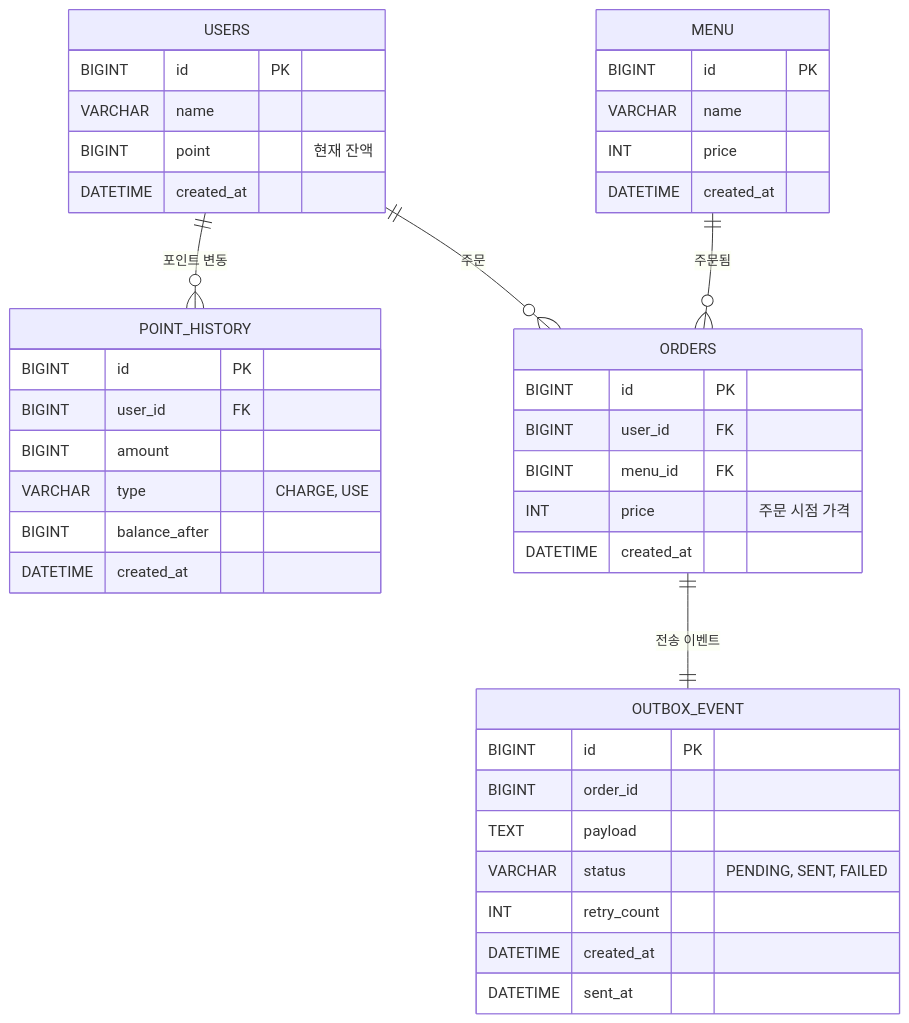
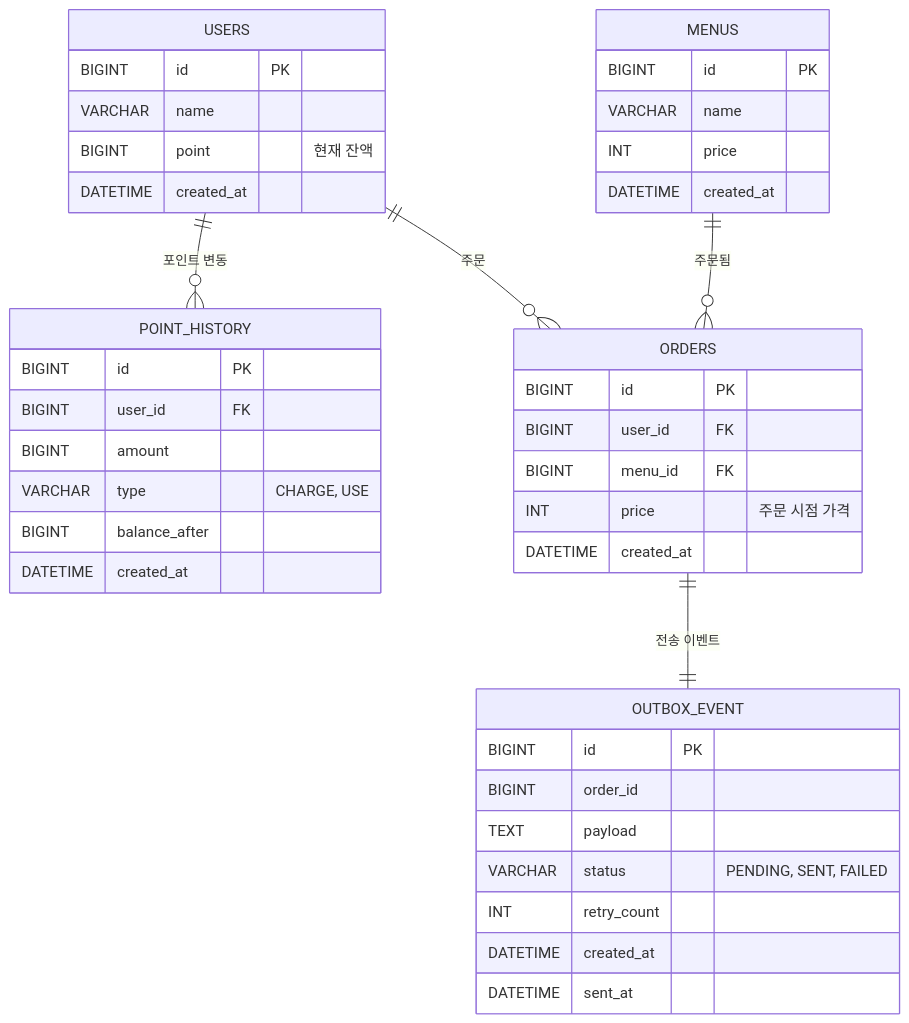
One commit to tls123qwe/CH6Spring changed the diagram in README.md. Above: the diagram before and after it, drawn with Mermaid.

Commit message:
README 수정

````diff
--- a/README.md
+++ b/README.md
@@ -49,48 +49,48 @@
 ```mermaid
 erDiagram
     USERS ||--o{ POINT_HISTORY : "포인트 변동"
     USERS ||--o{ ORDERS : "주문"
-    MENU ||--o{ ORDERS : "주문됨"
+    MENUS ||--o{ ORDERS : "주문됨"
     ORDERS ||--|| OUTBOX_EVENT : "전송 이벤트"
 
     USERS {
         BIGINT id PK
         VARCHAR name
         BIGINT point "현재 잔액"
         DATETIME created_at
     }
 
     POINT_HISTORY {
         BIGINT id PK
         BIGINT user_id FK
         BIGINT amount
         VARCHAR type "CHARGE, USE"
         BIGINT balance_after
         DATETIME created_at
     }
 
-    MENU {
+    MENUS {
         BIGINT id PK
         VARCHAR name
         INT price
         DATETIME created_at
     }
 
     ORDERS {
         BIGINT id PK
         BIGINT user_id FK
         BIGINT menu_id FK
         INT price "주문 시점 가격"
         DATETIME created_at
     }
 
     OUTBOX_EVENT {
         BIGINT id PK
         BIGINT order_id
         TEXT payload
         VARCHAR status "PENDING, SENT, FAILED"
         INT retry_count
         DATETIME created_at
         DATETIME sent_at
     }
 ```
````
